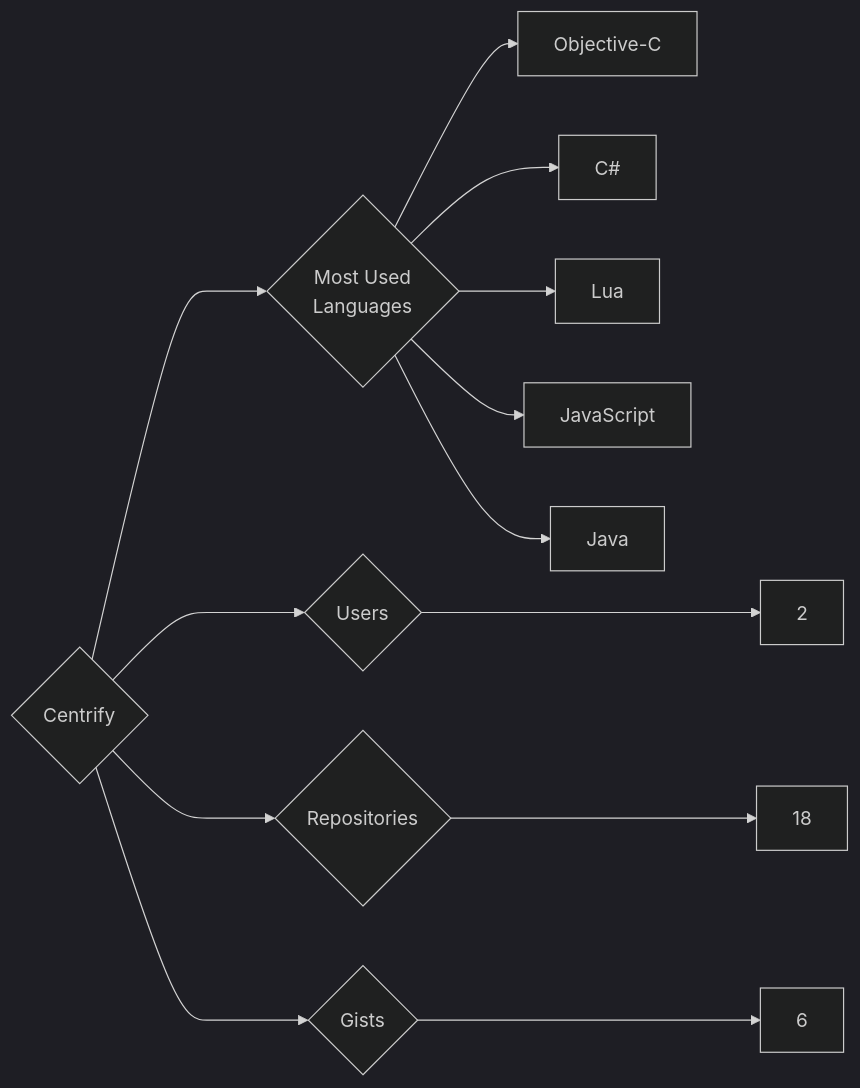
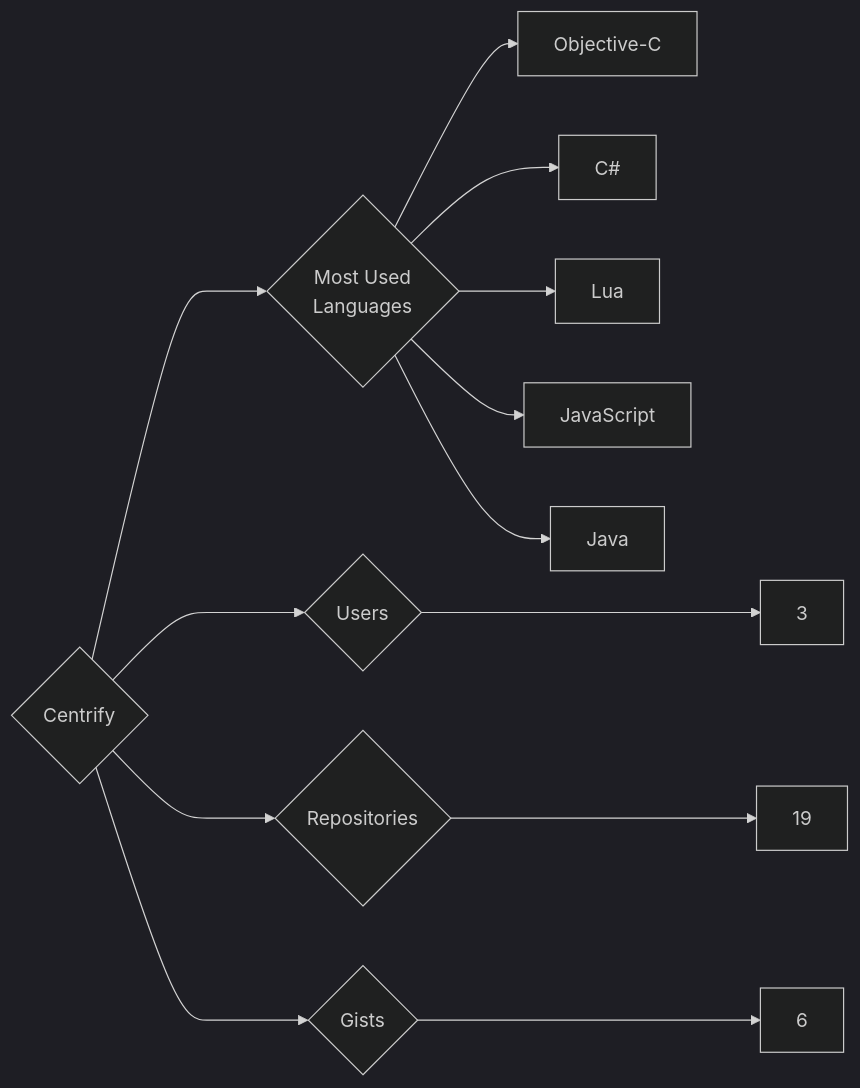
The diagram in targets/Centrify/README.md (trickest/insiders), drawn with Mermaid (dark theme) before and after one commit. The commit also changed 895 other files, not shown here.

````diff
--- a/targets/Centrify/README.md
+++ b/targets/Centrify/README.md
@@ -3,13 +3,13 @@
 ```mermaid
 graph LR
 COMPANY_NAME{Centrify}
-COMPANY_NAME ---> U{Users} ---> UN[2]
-COMPANY_NAME ---> R{Repositories} ---> RN[18]
+COMPANY_NAME ---> U{Users} ---> UN[3]
+COMPANY_NAME ---> R{Repositories} ---> RN[19]
 COMPANY_NAME ---> G{Gists} ---> GN[6]
 COMPANY_NAME ---> ML{Most Used<br>Languages}
 ML --> Objective-C[Objective-C]
 ML --> C#[C#]
 ML --> Lua[Lua]
 ML --> JavaScript[JavaScript]
 ML --> Java[Java]
 ```
````
